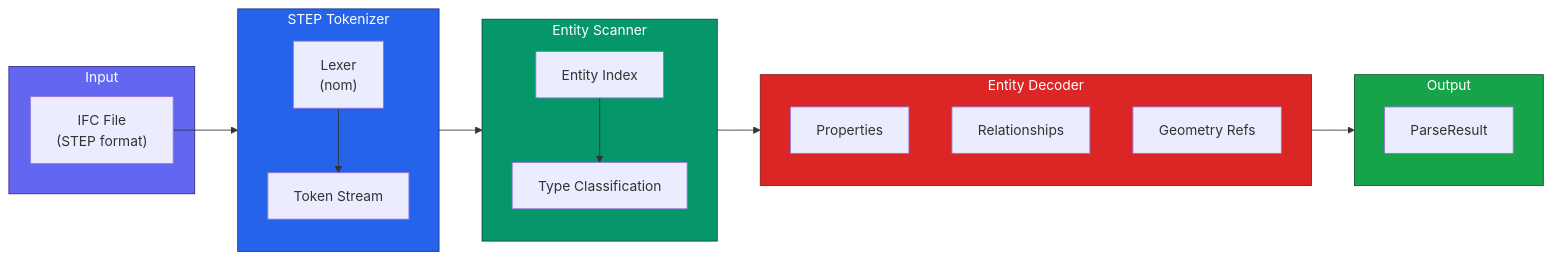
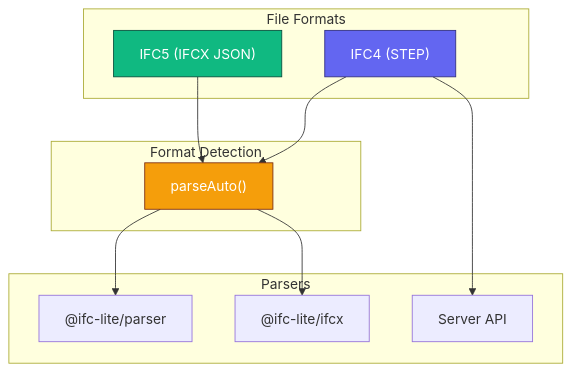
Before and after one commit to louistrue/ifc-lite: the first of 2 diagrams in docs/guide/parsing.md, drawn with Mermaid. The commit also changed other lines of this file and 7 other files, not shown here.

First line of the commit message:
docs: comprehensive update for server architecture, IFC5 support, and new features

````diff
--- a/docs/guide/parsing.md
+++ b/docs/guide/parsing.md
@@ -9,39 +15,27 @@
 ```mermaid
-flowchart LR
-    subgraph Input
-        IFC["IFC File<br/>(STEP format)"]
+flowchart TB
+    subgraph Formats["File Formats"]
+        IFC4["IFC4 (STEP)"]
+        IFC5["IFC5 (IFCX JSON)"]
     end
 
-    subgraph Tokenizer["STEP Tokenizer"]
-        Lexer["Lexer<br/>(nom)"]
-        Tokens["Token Stream"]
-        Lexer --> Tokens
+    subgraph Detect["Format Detection"]
+        Auto["parseAuto()"]
     end
 
-    subgraph Scanner["Entity Scanner"]
-        Index["Entity Index"]
-        Types["Type Classification"]
-        Index --> Types
+    subgraph Parsers["Parsers"]
+        Parser["@ifc-lite/parser"]
+        IFCX["@ifc-lite/ifcx"]
+        Server["Server API"]
     end
 
-    subgraph Decoder["Entity Decoder"]
-        Props["Properties"]
-        Rels["Relationships"]
-        Geo["Geometry Refs"]
-    end
+    IFC4 --> Auto
+    IFC5 --> Auto
+    Auto --> Parser
+    Auto --> IFCX
+    IFC4 --> Server
 
-    subgraph Output
-        Result["ParseResult"]
-    end
-
-    IFC --> Tokenizer
-    Tokenizer --> Scanner
-    Scanner --> Decoder
-    Decoder --> Output
-
-    style Input fill:#6366f1,stroke:#312e81,color:#fff
-    style Tokenizer fill:#2563eb,stroke:#1e3a8a,color:#fff
-    style Scanner fill:#059669,stroke:#064e3b,color:#fff
-    style Decoder fill:#dc2626,stroke:#7f1d1d,color:#fff
-    style Output fill:#16a34a,stroke:#14532d,color:#fff
+    style IFC4 fill:#6366f1,stroke:#312e81,color:#fff
+    style IFC5 fill:#10b981,stroke:#064e3b,color:#fff
+    style Auto fill:#f59e0b,stroke:#7c2d12,color:#fff
 ```
````
